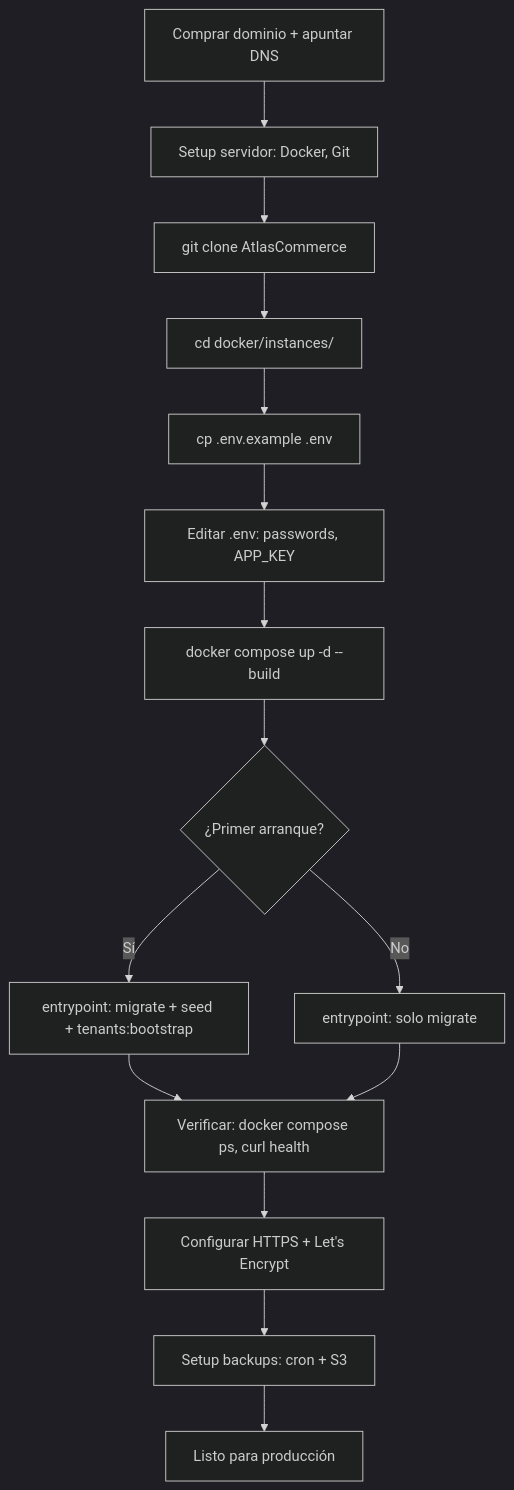
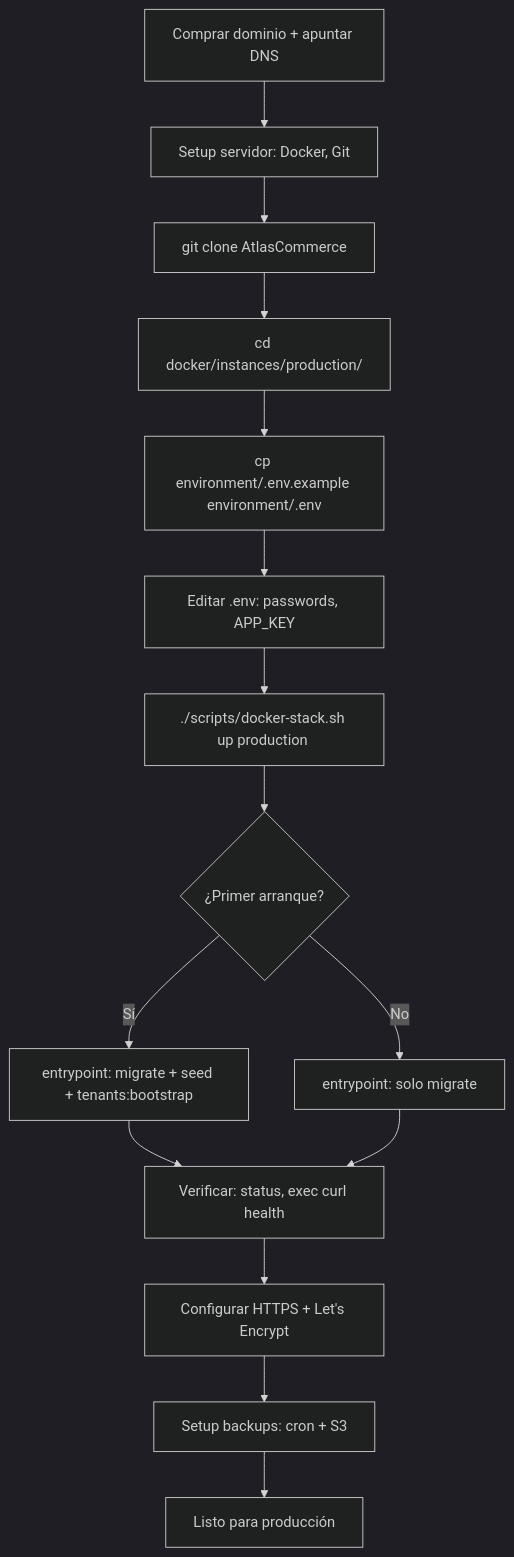
Before and after one commit to D4nitrix13/AtlasCommerce: the diagram in docs/deployment/instances.md, drawn with Mermaid (dark theme). The commit also changed other lines of this file and 7 other files, not shown here.

````diff
--- a/docs/deployment/instances.md
+++ b/docs/deployment/instances.md
@@ -444,17 +465,17 @@
 ```mermaid
 flowchart TD
     A[Comprar dominio + apuntar DNS] --> B[Setup servidor: Docker, Git]
     B --> C[git clone AtlasCommerce]
-    C --> D[cd docker/instances/<nombre>]
-    D --> E[cp .env.example .env]
+    C --> D[cd docker/instances/production/<store>]
+    D --> E[cp environment/.env.example environment/.env]
     E --> F[Editar .env: passwords, APP_KEY]
-    F --> G[docker compose up -d --build]
+    F --> G[./scripts/docker-stack.sh up production <store>]
     G --> H{¿Primer arranque?}
     H -->|Sí| I[entrypoint: migrate + seed + tenants:bootstrap]
     H -->|No| J[entrypoint: solo migrate]
-    I --> K[Verificar: docker compose ps, curl health]
+    I --> K[Verificar: status, exec curl health]
     J --> K
     K --> L[Configurar HTTPS + Let's Encrypt]
     L --> M[Setup backups: cron + S3]
     M --> N[Listo para producción]
 ```
````
